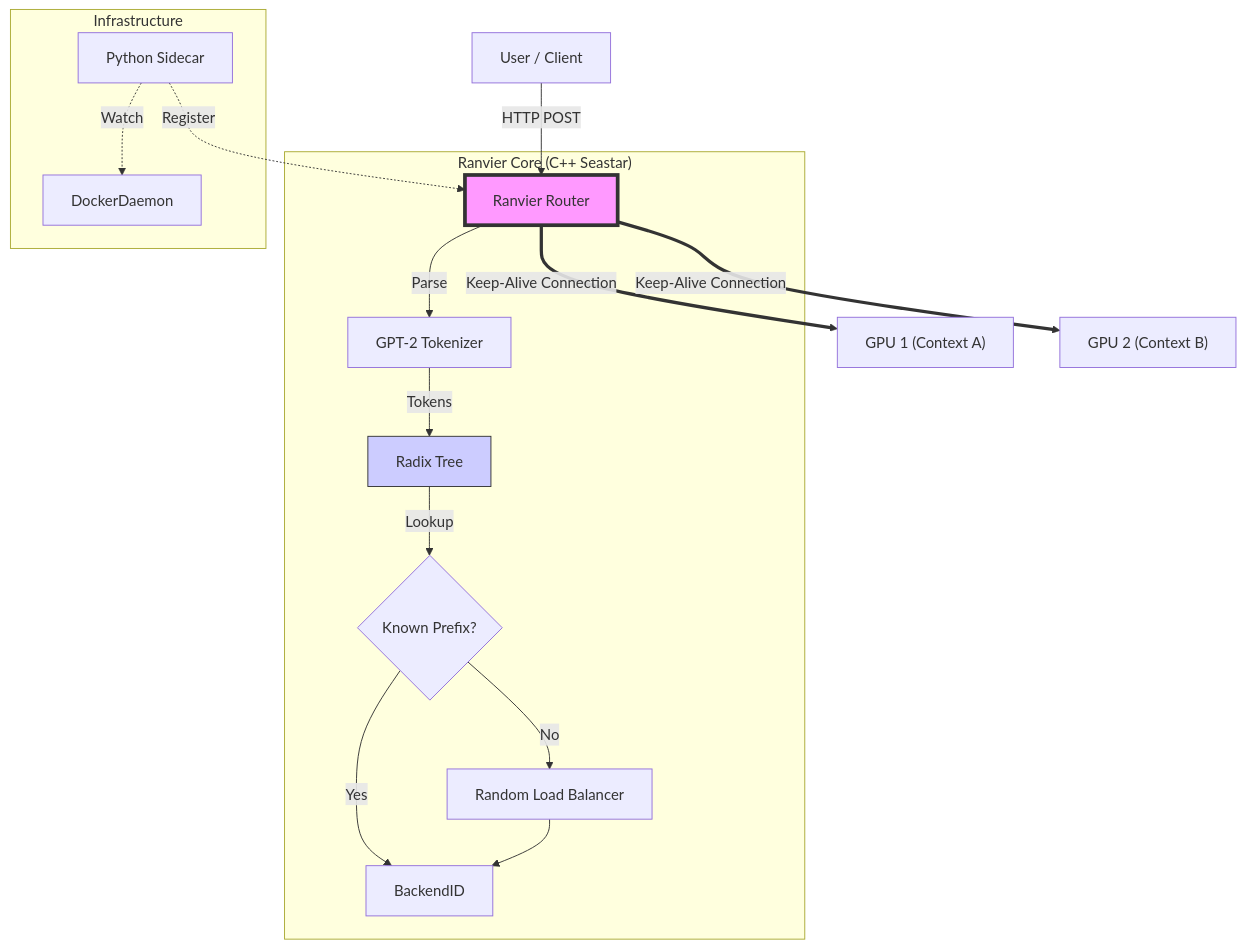
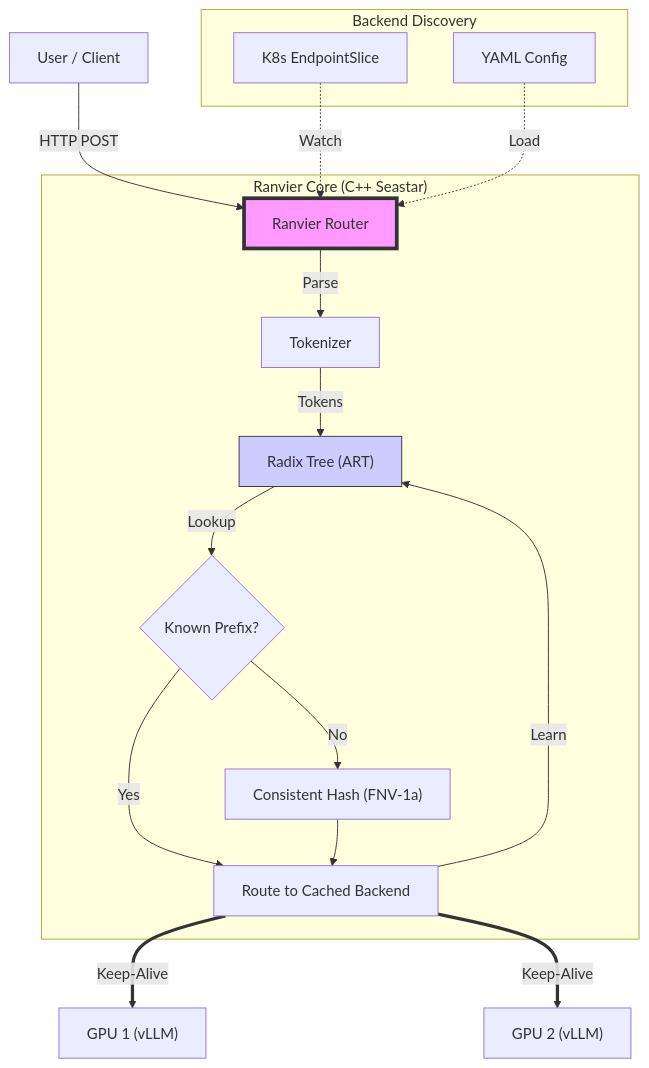
The diagram in README.md (Ranvier-Systems/ranvier-core), drawn with Mermaid before and after one commit.

Commit message:
docs: fix architecture diagram accuracy
Corrected two inaccuracies in the mermaid diagram:

1. "Random Load Balancer" → "Consistent Hash (FNV-1a)"
   - Cache miss fallback uses FNV-1a consistent hashing, not random
   - This ensures requests with same prefix go to same backend

2. "Python Sidecar" → "K8s EndpointSlice" + "YAML Config"
   - Backend discovery is now native K8s watcher or config file
   - No Python sidecar in current architecture

Also added:
- Route learning feedback loop (Route → Learn → Radix)
- More accurate labels (ART, vLLM)

https://claude.ai/code/session_01YS4t5wrLkVhk8maWZSRK8V

````diff
--- a/README.md
+++ b/README.md
@@ -117,24 +117,25 @@
 ```mermaid
 graph TD
     User["User / Client"] -->|HTTP POST| Router["Ranvier Router"]
 
     subgraph "Ranvier Core (C++ Seastar)"
-        Router -->|Parse| Tokenizer["GPT-2 Tokenizer"]
-        Tokenizer -->|Tokens| Radix["Radix Tree"]
+        Router -->|Parse| Tokenizer["Tokenizer"]
+        Tokenizer -->|Tokens| Radix["Radix Tree (ART)"]
         Radix -->|Lookup| Cache{"Known Prefix?"}
-        Cache -- Yes --> BackendID
-        Cache -- No --> LB["Random Load Balancer"]
-        LB --> BackendID
+        Cache -- Yes --> Route["Route to Cached Backend"]
+        Cache -- No --> Hash["Consistent Hash (FNV-1a)"]
+        Hash --> Route
+        Route -->|Learn| Radix
     end
 
-    subgraph "Infrastructure"
-        Sidecar["Python Sidecar"] -.->|Watch| DockerDaemon
-        Sidecar -.->|Register| Router
+    subgraph "Backend Discovery"
+        K8s["K8s EndpointSlice"] -.->|Watch| Router
+        Config["YAML Config"] -.->|Load| Router
     end
 
-    Router == "Keep-Alive Connection" ==> GPU1["GPU 1 (Context A)"]
-    Router == "Keep-Alive Connection" ==> GPU2["GPU 2 (Context B)"]
+    Route == "Keep-Alive" ==> GPU1["GPU 1 (vLLM)"]
+    Route == "Keep-Alive" ==> GPU2["GPU 2 (vLLM)"]
 
     style Router fill:#f9f,stroke:#333,stroke-width:4px
     style Radix fill:#ccf,stroke:#333
 ```
````
